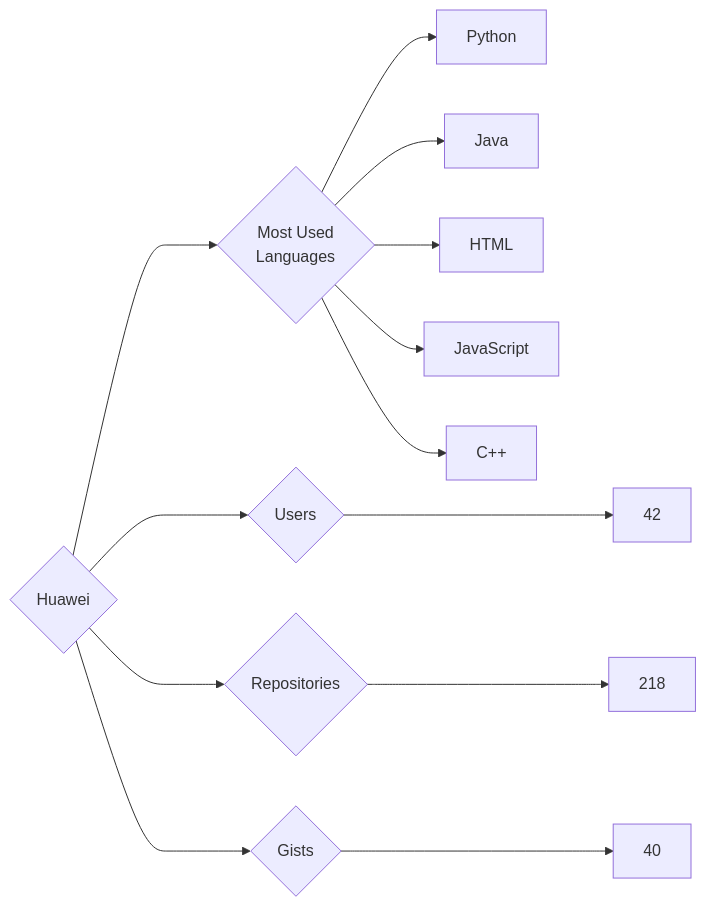
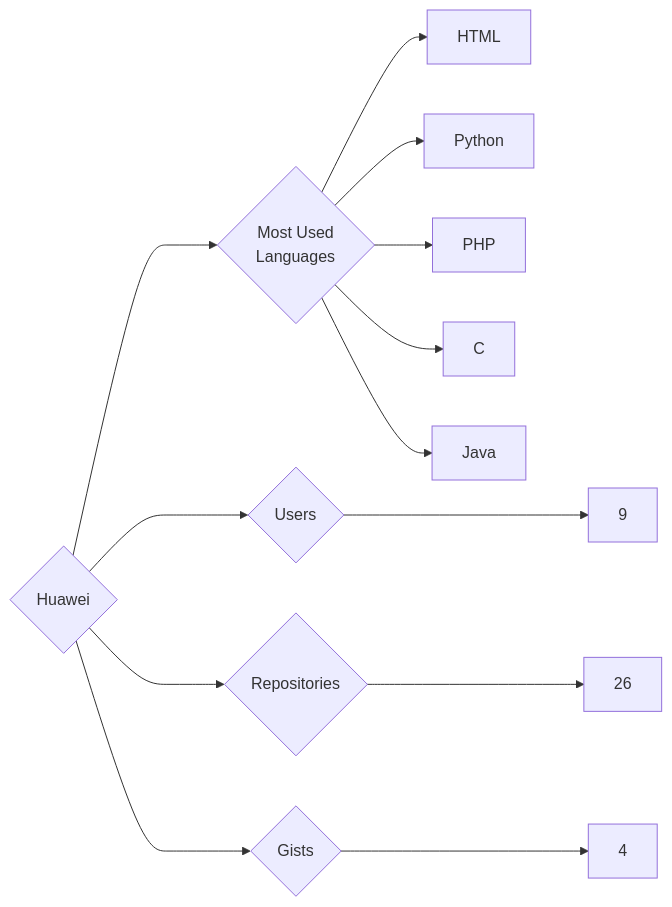
Before and after one commit to trickest/insiders: the diagram in targets/Huawei/README.md, drawn with Mermaid. The commit also changed 861 other files, not shown here.

````diff
--- a/targets/Huawei/README.md
+++ b/targets/Huawei/README.md
@@ -3,13 +3,13 @@
 ```mermaid
 graph LR
 COMPANY_NAME{Huawei}
-COMPANY_NAME ---> U{Users} ---> UN[42]
-COMPANY_NAME ---> R{Repositories} ---> RN[218]
-COMPANY_NAME ---> G{Gists} ---> GN[40]
+COMPANY_NAME ---> U{Users} ---> UN[9]
+COMPANY_NAME ---> R{Repositories} ---> RN[26]
+COMPANY_NAME ---> G{Gists} ---> GN[4]
 COMPANY_NAME ---> ML{Most Used<br>Languages}
+ML --> HTML[HTML]
 ML --> Python[Python]
+ML --> PHP[PHP]
+ML --> C[C]
 ML --> Java[Java]
-ML --> HTML[HTML]
-ML --> JavaScript[JavaScript]
-ML --> C++[C++]
 ```
````
